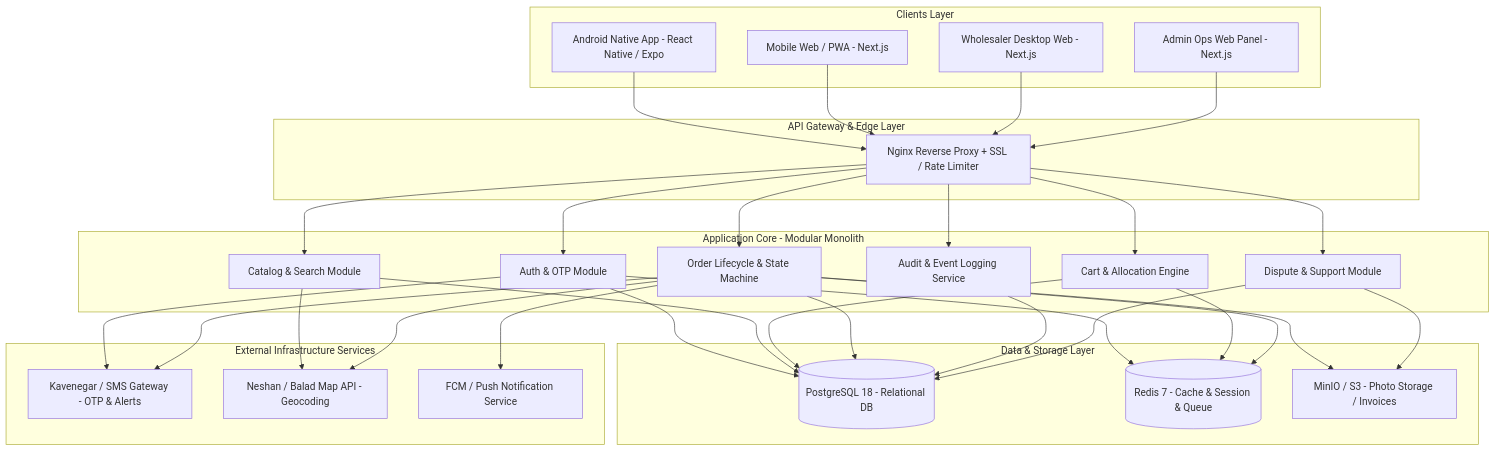
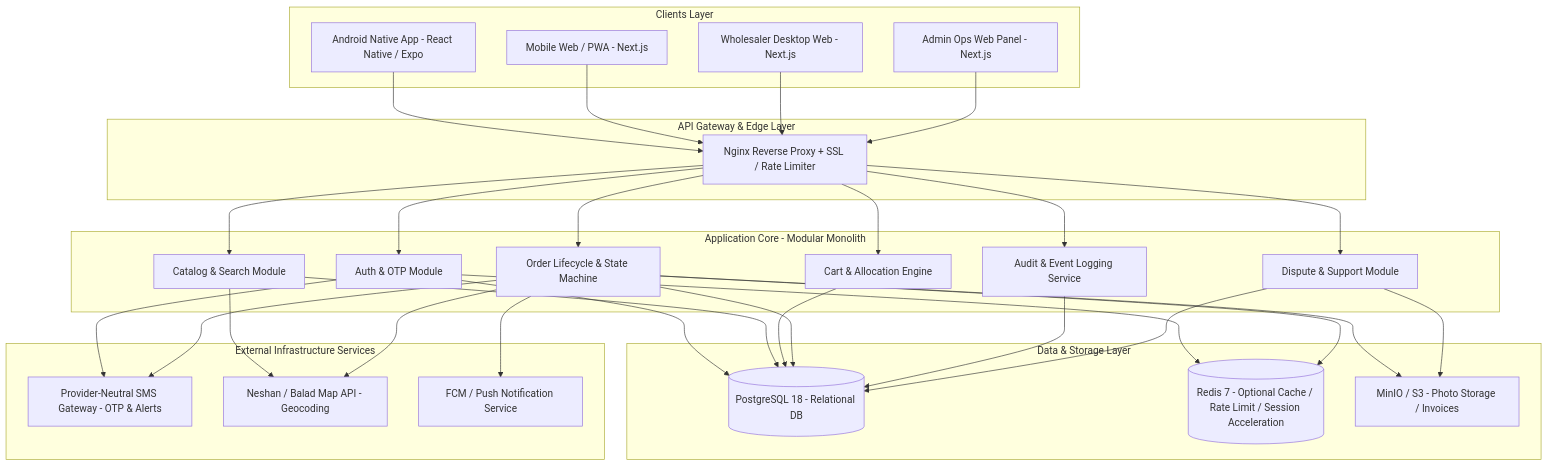
One commit to rrasi90/POL-2.3 changed the first of 2 diagrams in 06_PRODUCT/Technical_Architecture_Spec.md. Above: the diagram before and after it, drawn with Mermaid. The commit also changed other lines of this file and 8 other files, not shown here.

````diff
--- a/06_PRODUCT/Technical_Architecture_Spec.md
+++ b/06_PRODUCT/Technical_Architecture_Spec.md
@@ -11,43 +11,43 @@
 ```mermaid
 flowchart TD
     subgraph Clients Layer
         A1[Android Native App - React Native / Expo]
         A2[Mobile Web / PWA - Next.js]
         A3[Wholesaler Desktop Web - Next.js]
         A4[Admin Ops Web Panel - Next.js]
     end
 
     subgraph API Gateway & Edge Layer
         B1[Nginx Reverse Proxy + SSL / Rate Limiter]
     end
 
     subgraph Application Core - Modular Monolith
         C1[Auth & OTP Module]
         C2[Catalog & Search Module]
         C3[Cart & Allocation Engine]
         C4[Order Lifecycle & State Machine]
         C5[Audit & Event Logging Service]
         C6[Dispute & Support Module]
     end
 
     subgraph Data & Storage Layer
         D1[(PostgreSQL 18 - Relational DB)]
-        D2[(Redis 7 - Cache & Session & Queue)]
+        D2[(Redis 7 - Optional Cache / Rate Limit / Session Acceleration)]
         D3[MinIO / S3 - Photo Storage / Invoices]
     end
 
     subgraph External Infrastructure Services
-        E1[Kavenegar / SMS Gateway - OTP & Alerts]
+        E1[Provider-Neutral SMS Gateway - OTP & Alerts]
         E2[Neshan / Balad Map API - Geocoding]
         E3[FCM / Push Notification Service]
     end
 
     A1 & A2 & A3 & A4 --> B1
     B1 --> C1 & C2 & C3 & C4 & C5 & C6
     C1 & C2 & C3 & C4 & C5 & C6 --> D1
-    C1 & C3 & C4 --> D2
+    C1 & C4 --> D2
     C4 & C6 --> D3
     C1 & C4 --> E1
     C2 & C4 --> E2
     C4 --> E3
 ```
````
